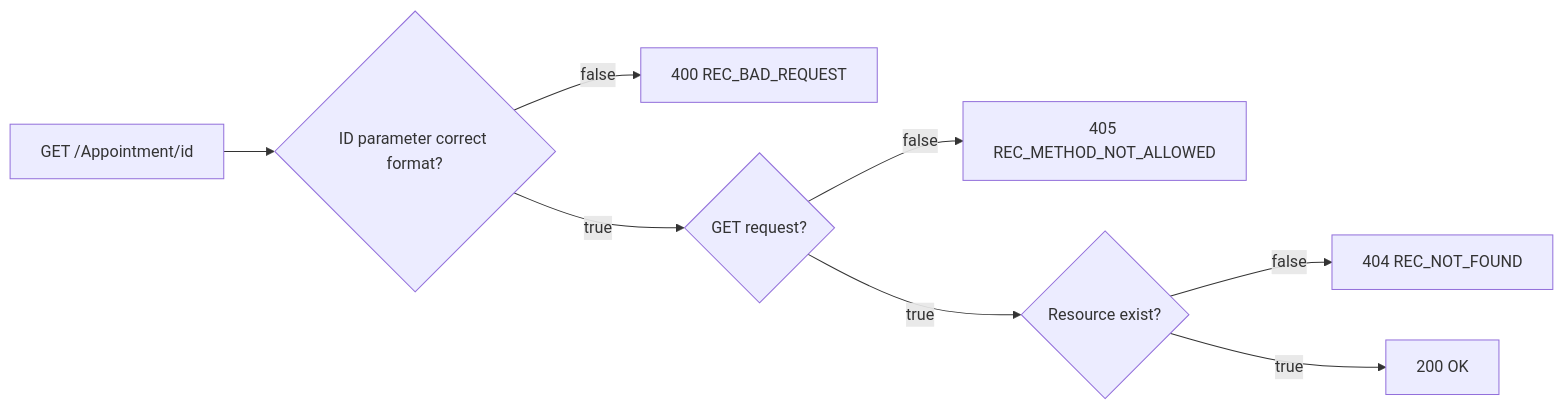
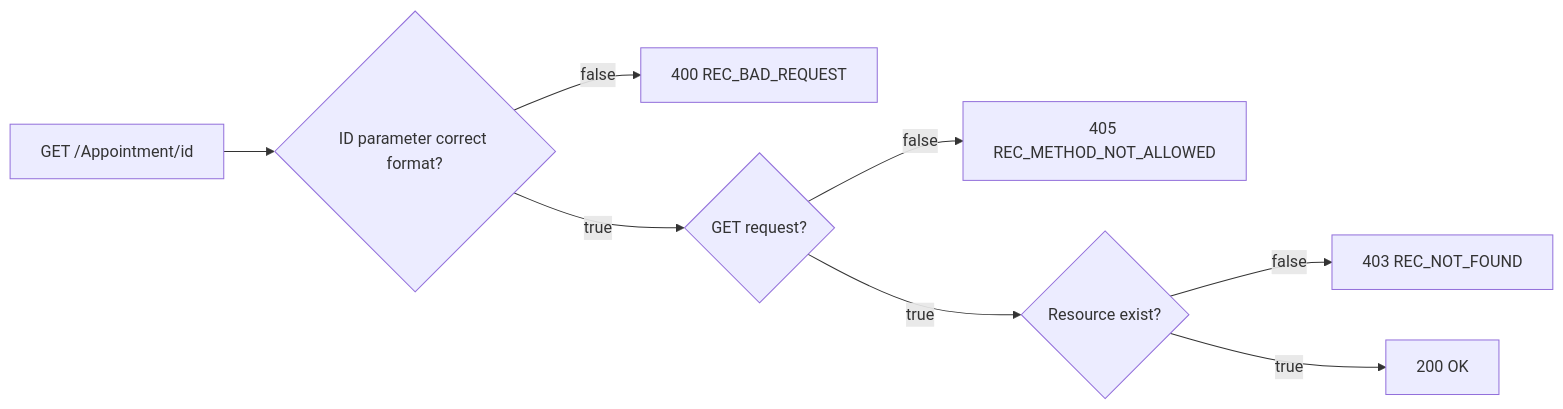
Before and after one commit to NHSDigital/booking-and-referral-fhir-api: the third of 10 diagrams in specification/error-processing-flow.md, drawn with Mermaid. The commit also changed other lines of this file, not shown here.

````diff
--- a/specification/error-processing-flow.md
+++ b/specification/error-processing-flow.md
@@ -59,10 +59,10 @@
 ```mermaid
 graph LR
     A[GET /Appointment/id] -->B{ID parameter correct format?}
     B --> |false| C[400 REC_BAD_REQUEST]
     B --> |true| D{GET request?}
     D --> |false| E[405 REC_METHOD_NOT_ALLOWED]
     D --> |true| F{Resource exist?}
-    F --> |false| G[404 REC_NOT_FOUND]
+    F --> |false| G[403 REC_NOT_FOUND]
     F --> |true| H[200 OK]
 ```
````
